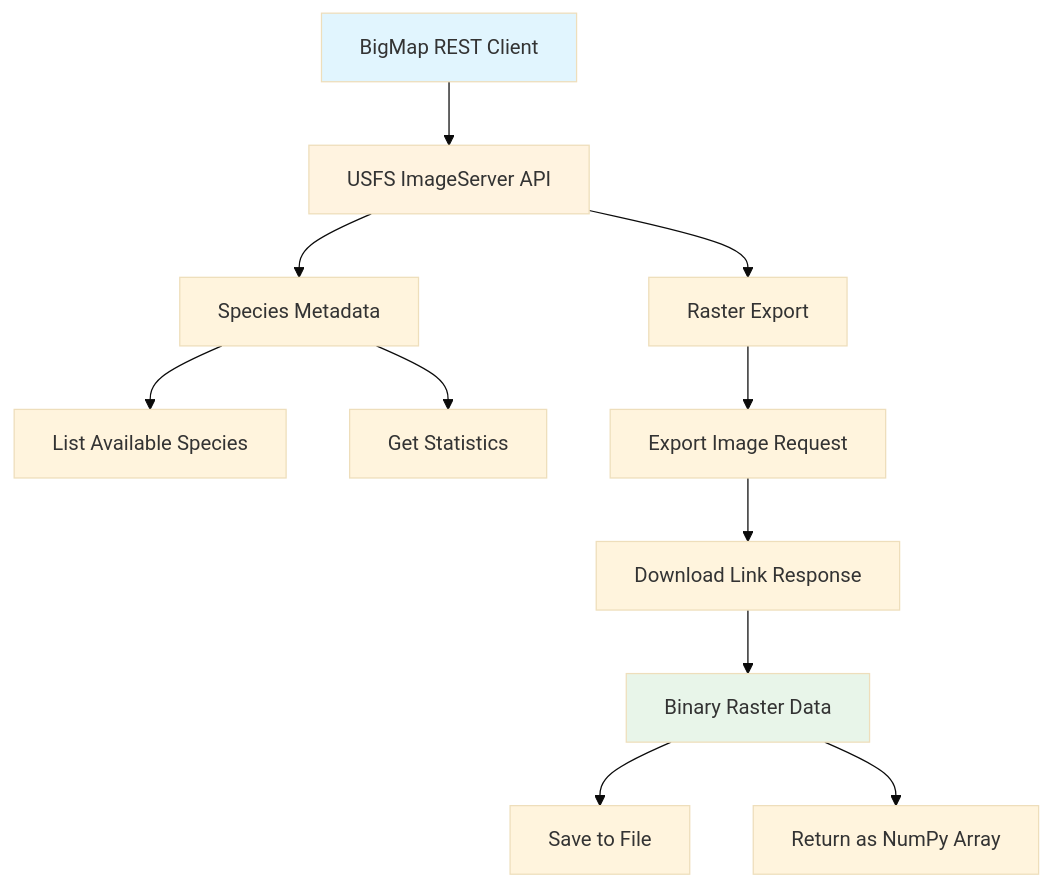
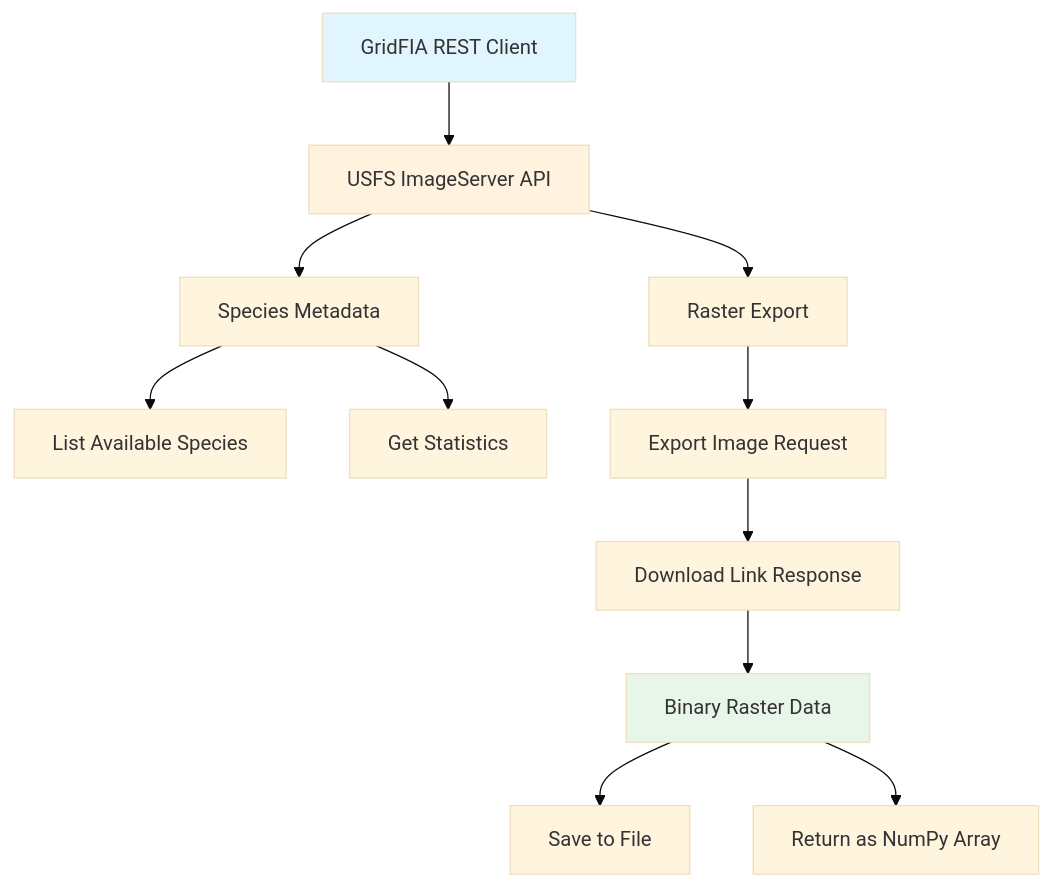
One commit to mihiarc/gridfia changed the diagram in docs/data-pipeline/rest-api-download.md. Above: the diagram before and after it, drawn with Mermaid (base theme). The commit also changed other lines of this file and 17 other files, not shown here.

````diff
--- a/docs/data-pipeline/rest-api-download.md
+++ b/docs/data-pipeline/rest-api-download.md
@@ -17,20 +17,20 @@
 ```mermaid
 graph TD
-    A[BigMap REST Client] --> B[USFS ImageServer API]
+    A[GridFIA REST Client] --> B[USFS ImageServer API]
     B --> C[Species Metadata]
     B --> D[Raster Export]
     
     C --> E[List Available Species]
     C --> F[Get Statistics]
     
     D --> G[Export Image Request]
     G --> H[Download Link Response]
     H --> I[Binary Raster Data]
     
     I --> J[Save to File]
     I --> K[Return as NumPy Array]
     
     style A fill:#e1f5fe
     style B fill:#fff3e0
     style I fill:#e8f5e9
 ```
````
